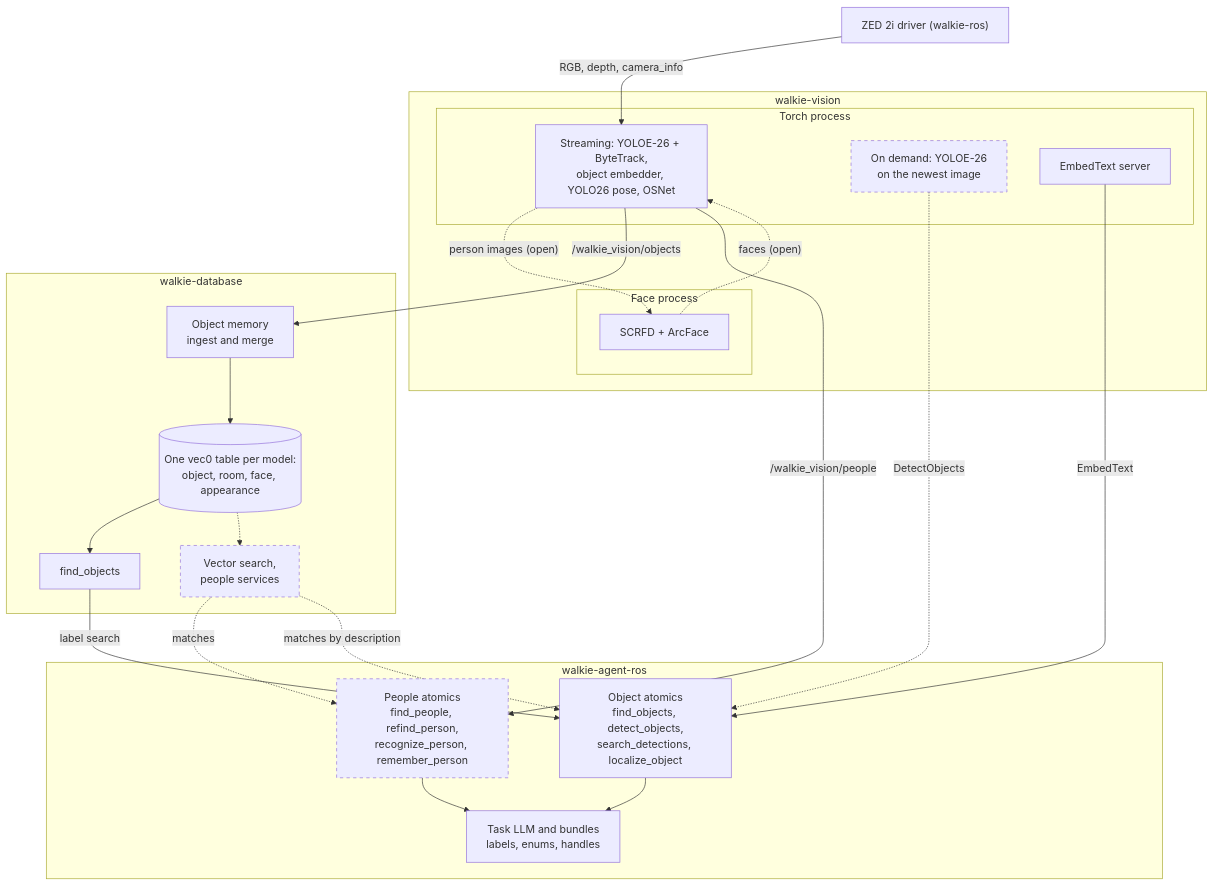
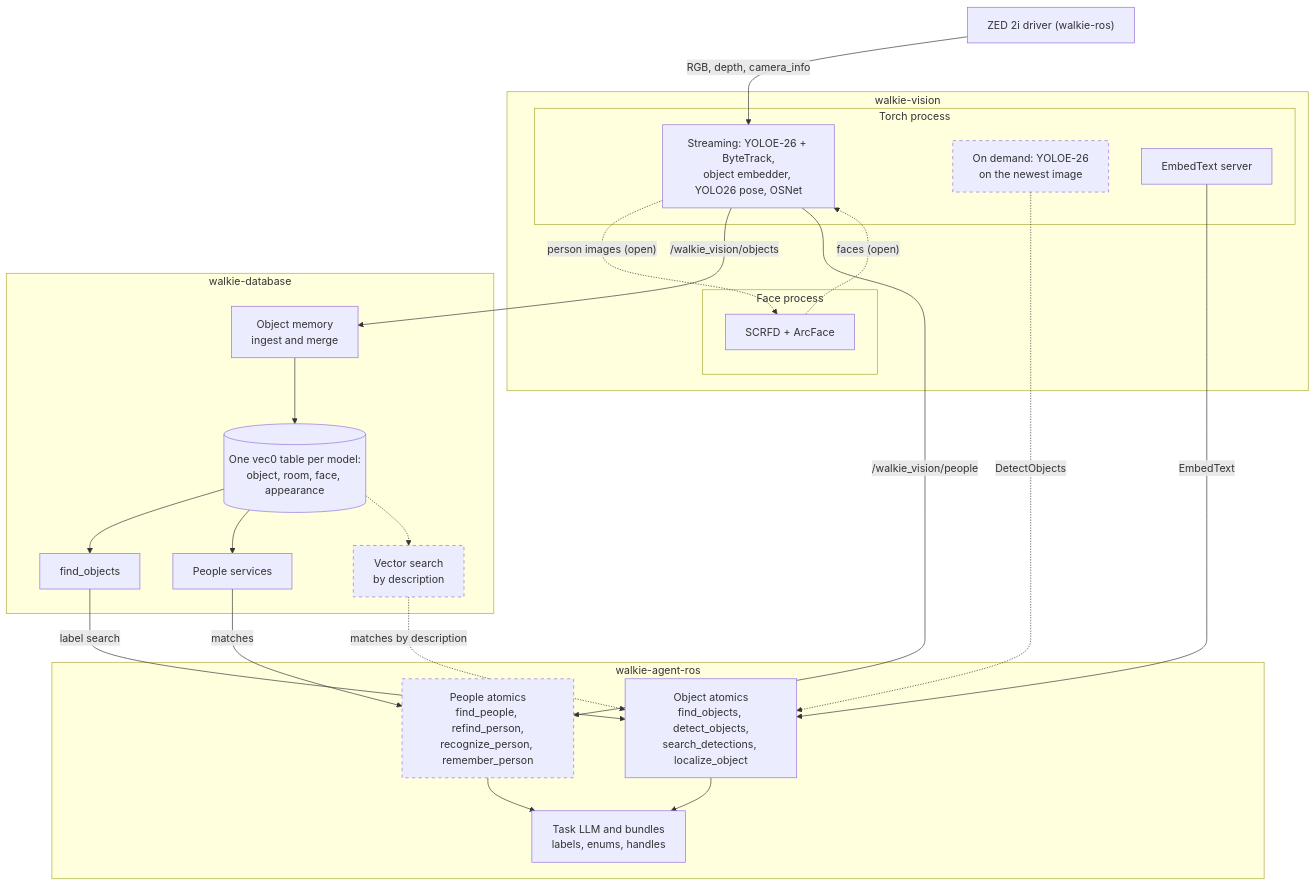
One commit to EIC-Robocup-2026/walkie-agent-ros changed the first of 4 diagrams in docs/architecture/perception.md. Above: the diagram before and after it, drawn with Mermaid. The commit also changed other lines of this file and 21 other files, not shown here.

First line of the commit message:
feat: remember and recognise people through walkie-database's people services

````diff
--- a/docs/architecture/perception.md
+++ b/docs/architecture/perception.md
@@ -43,48 +46,50 @@
 ```mermaid
 flowchart TB
     zed["ZED 2i driver (walkie-ros)"]
 
     subgraph vision["walkie-vision"]
         subgraph torch["Torch process"]
             stream["Streaming: YOLOE-26 + ByteTrack,<br/>object embedder, YOLO26 pose, OSNet"]
             ondemand["On demand: YOLOE-26<br/>on the newest image"]:::proposed
             embedtext["EmbedText server"]
         end
         subgraph facep["Face process"]
             face["SCRFD + ArcFace"]
         end
     end
 
     subgraph database["walkie-database"]
         ingest["Object memory<br/>ingest and merge"]
         tables[("One vec0 table per model:<br/>object, room, face, appearance")]
         findsrv["find_objects"]
-        newsrv["Vector search,<br/>people services"]:::proposed
+        peoplesrv["People services"]
+        newsrv["Vector search<br/>by description"]:::proposed
     end
 
     subgraph agent["walkie-agent-ros"]
         objatoms["Object atomics<br/>find_objects, detect_objects,<br/>search_detections, localize_object"]
         pplatoms["People atomics<br/>find_people, refind_person,<br/>recognize_person, remember_person"]:::proposed
         llm["Task LLM and bundles<br/>labels, enums, handles"]
     end
 
     zed -- "RGB, depth, camera_info" --> stream
     zed ~~~ ondemand
     zed ~~~ embedtext
     stream -. "person images (open)" .-> face
     face -. "faces (open)" .-> stream
     stream -- "/walkie_vision/objects" --> ingest
     ingest --> tables
     tables --> findsrv
+    tables --> peoplesrv
     tables -.-> newsrv
     findsrv -- "label search" --> objatoms
     ondemand -. "DetectObjects" .-> objatoms
     embedtext -- "EmbedText" --> objatoms
     stream -- "/walkie_vision/people" --> pplatoms
-    newsrv -. "matches" .-> pplatoms
+    peoplesrv -- "matches" --> pplatoms
     newsrv -. "matches by description" .-> objatoms
     objatoms --> llm
     pplatoms --> llm
 
     classDef proposed stroke-dasharray: 5 5;
 ```
````
